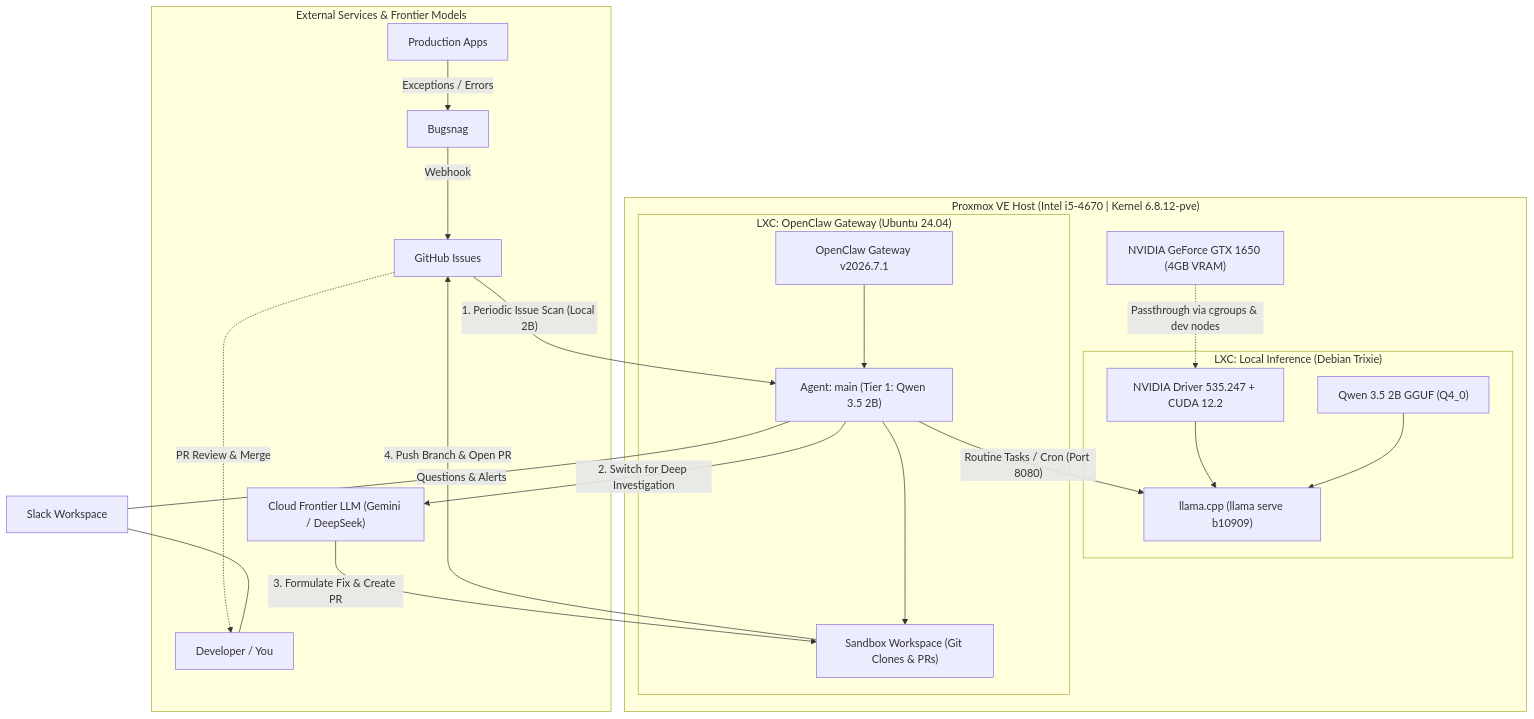
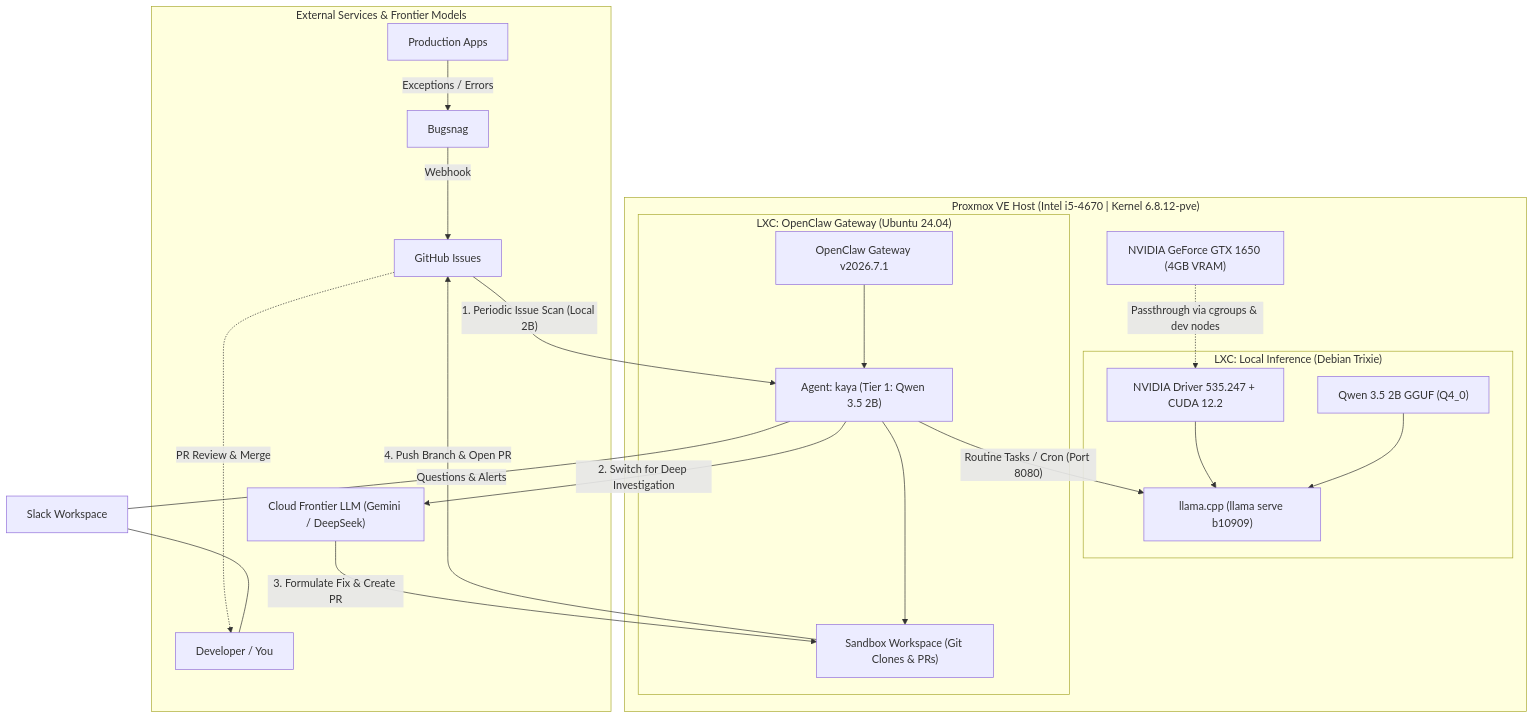
Before and after one commit to allensandiego/page: the diagram in _posts/2026-09-12-self-hosting-openclaw-agent-proxmox-lxc-gtx-1650-llama-cpp-qwen.md, drawn with Mermaid. The commit also changed other lines of this file and 1 other file, not shown here.

Commit message:
docs: rename main agent to kaya in blog post references and configs

````diff
--- a/_posts/2026-09-12-self-hosting-openclaw-agent-proxmox-lxc-gtx-1650-llama-cpp-qwen.md
+++ b/_posts/2026-09-12-self-hosting-openclaw-agent-proxmox-lxc-gtx-1650-llama-cpp-qwen.md
@@ -49,39 +49,39 @@
 ```mermaid
 flowchart TD
     subgraph Cloud["External Services & Frontier Models"]
         APPS["Production Apps"] -->|"Exceptions / Errors"| BUGSNAG["Bugsnag"]
         BUGSNAG -->|"Webhook"| GH["GitHub Issues"]
         CLOUD_LLM["Cloud Frontier LLM (Gemini / DeepSeek)"]
         GH -.->|"PR Review & Merge"| USER["Developer / You"]
     end
 
     subgraph Host["Proxmox VE Host (Intel i5-4670 | Kernel 6.8.12-pve)"]
         GPU["NVIDIA GeForce GTX 1650 (4GB VRAM)"]
 
         subgraph LXC_INFERENCE["LXC: Local Inference (Debian Trixie)"]
             NV["NVIDIA Driver 535.247 + CUDA 12.2"]
             LLAMA["llama.cpp (llama serve b10909)"]
             MODEL["Qwen 3.5 2B GGUF (Q4_0)"]
             NV --> LLAMA
             MODEL --> LLAMA
         end
 
         subgraph LXC_CLAW["LXC: OpenClaw Gateway (Ubuntu 24.04)"]
             GATEWAY["OpenClaw Gateway v2026.7.1"]
-            AGENT["Agent: main (Tier 1: Qwen 3.5 2B)"]
+            AGENT["Agent: kaya (Tier 1: Qwen 3.5 2B)"]
             WORKSPACE["Sandbox Workspace (Git Clones & PRs)"]
             GATEWAY --> AGENT
             AGENT --> WORKSPACE
         end
 
         GPU -.->|"Passthrough via cgroups & dev nodes"| NV
         AGENT -->|"Routine Tasks / Cron (Port 8080)"| LLAMA
     end
 
     GH -->|"1. Periodic Issue Scan (Local 2B)"| AGENT
     AGENT -->|"2. Switch for Deep Investigation"| CLOUD_LLM
     CLOUD_LLM -->|"3. Formulate Fix & Create PR"| WORKSPACE
     WORKSPACE -->|"4. Push Branch & Open PR"| GH
     AGENT ---|"Questions & Alerts"| SLACK["Slack Workspace"]
     SLACK --- USER
 ```
````
